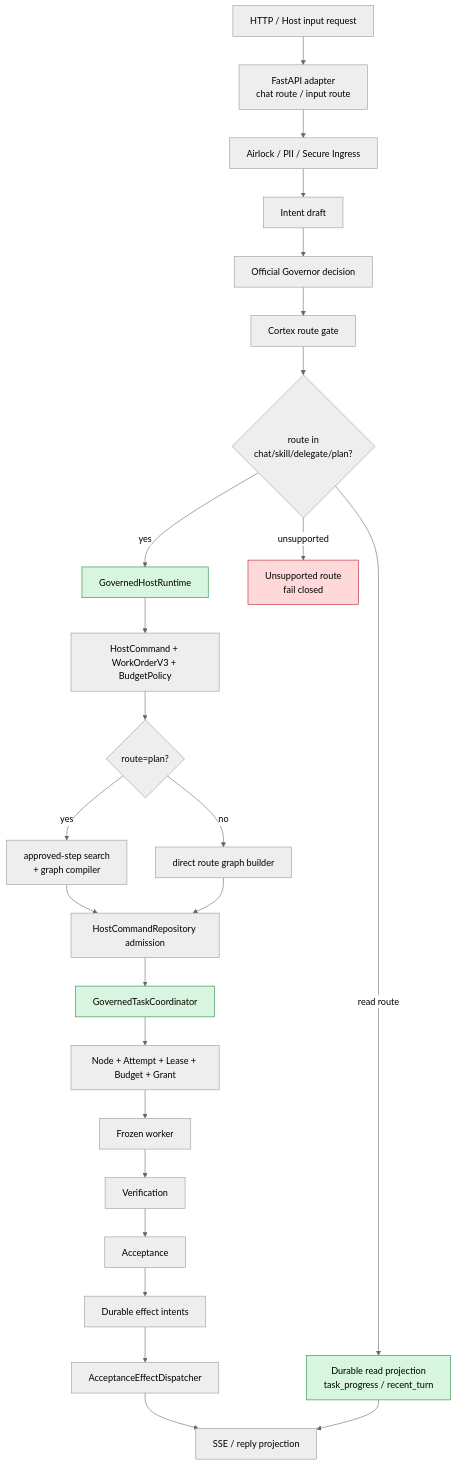
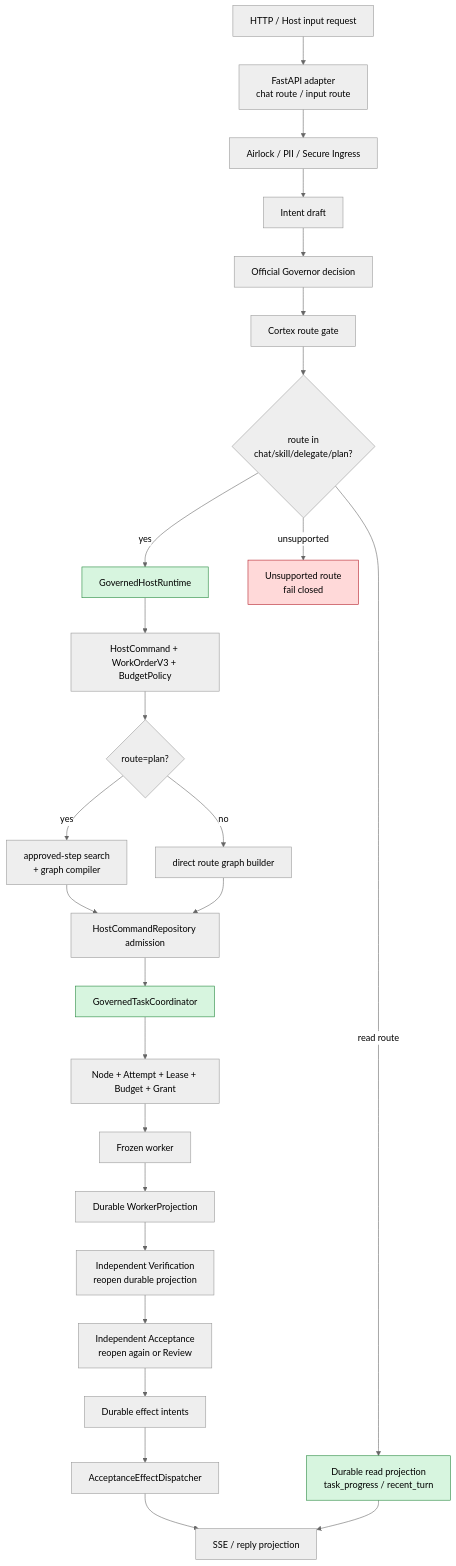
Before and after one commit to SakuraYoruno/Natsume_Ai: the first of 4 diagrams in docs/50_project/arch/diagrams/02_main_chain_flow.md, drawn with Mermaid (neutral theme). The commit also changed other lines of this file and 25 other files, not shown here.

````diff
--- a/docs/50_project/arch/diagrams/02_main_chain_flow.md
+++ b/docs/50_project/arch/diagrams/02_main_chain_flow.md
@@ -13,39 +13,40 @@
 ```mermaid
 flowchart TD
     REQ["HTTP / Host input request"]
     ROUTE["FastAPI adapter\nchat route / input route"]
     AIR["Airlock / PII / Secure Ingress"]
     INTENT["Intent draft"]
     GOV["Official Governor decision"]
     CORTEX["Cortex route gate"]
     SUPPORT{"route in\nchat/skill/delegate/plan?"}
     GR["GovernedHostRuntime"]
     BUILD["HostCommand + WorkOrderV3 + BudgetPolicy"]
     PLAN{"route=plan?"}
     SEARCH["approved-step search\n+ graph compiler"]
     DIRECT["direct route graph builder"]
     ADMIT["HostCommandRepository admission"]
     TASK["GovernedTaskCoordinator"]
     NODE["Node + Attempt + Lease + Budget + Grant"]
     WORK["Frozen worker"]
-    VERIFY["Verification"]
-    ACCEPT["Acceptance"]
+    PROJECTION["Durable WorkerProjection"]
+    VERIFY["Independent Verification\nreopen durable projection"]
+    ACCEPT["Independent Acceptance\nreopen again or Review"]
     EFFECT["Durable effect intents"]
     DISPATCH["AcceptanceEffectDispatcher"]
     SSE["SSE / reply projection"]
     READ["Durable read projection\ntask_progress / recent_turn"]
     REJECT["Unsupported route\nfail closed"]
 
     REQ --> ROUTE --> AIR --> INTENT --> GOV --> CORTEX --> SUPPORT
     SUPPORT -->|"yes"| GR --> BUILD --> PLAN
     PLAN -->|"yes"| SEARCH --> ADMIT
     PLAN -->|"no"| DIRECT --> ADMIT
-    ADMIT --> TASK --> NODE --> WORK --> VERIFY --> ACCEPT --> EFFECT --> DISPATCH --> SSE
+    ADMIT --> TASK --> NODE --> WORK --> PROJECTION --> VERIFY --> ACCEPT --> EFFECT --> DISPATCH --> SSE
     SUPPORT -->|"read route"| READ --> SSE
     SUPPORT -->|"unsupported"| REJECT
 
     style GR fill:#d7f5df,stroke:#22863a
     style TASK fill:#d7f5df,stroke:#22863a
     style READ fill:#d7f5df,stroke:#22863a
     style REJECT fill:#ffd9d9,stroke:#b31d28
 ```
````
